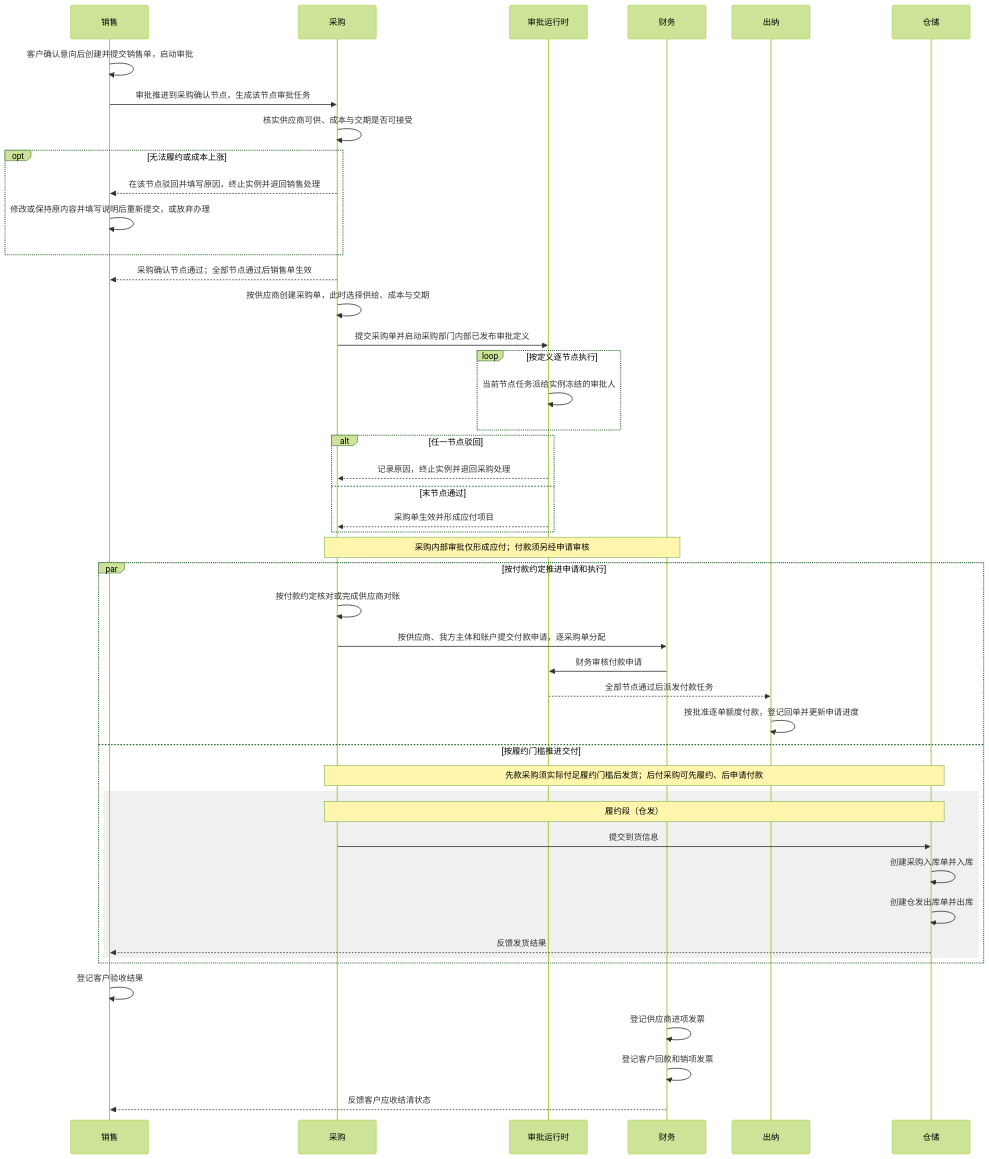
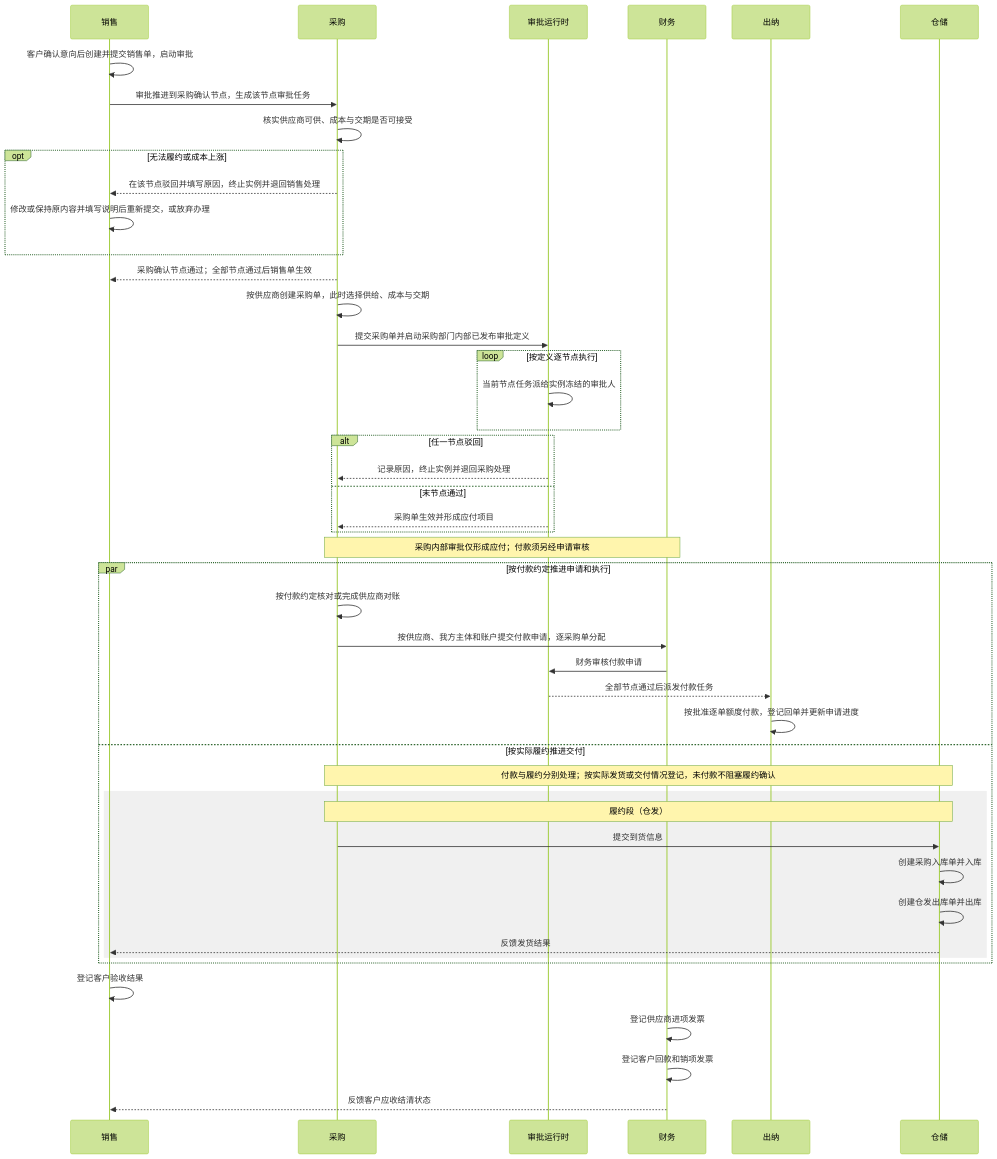
The eighth of 11 diagrams in docs/erp-phase-1.md (mztlive/erp), drawn with Mermaid (forest theme) before and after one commit. The commit also changed other lines of this file and 28 other files, not shown here.

````diff
--- a/docs/erp-phase-1.md
+++ b/docs/erp-phase-1.md
@@ -880,51 +879,51 @@
 ```mermaid
 sequenceDiagram
   participant 销售
   participant 采购
   participant 审批运行时
   participant 财务
   participant 出纳
   participant 仓储
 
   销售->>销售: 客户确认意向后创建并提交销售单，启动审批
   销售->>采购: 审批推进到采购确认节点，生成该节点审批任务
   采购->>采购: 核实供应商可供、成本与交期是否可接受
   opt 无法履约或成本上涨
     采购-->>销售: 在该节点驳回并填写原因，终止实例并退回销售处理
     销售->>销售: 修改或保持原内容并填写说明后重新提交，或放弃办理
   end
   采购-->>销售: 采购确认节点通过；全部节点通过后销售单生效
   采购->>采购: 按供应商创建采购单，此时选择供给、成本与交期
   采购->>审批运行时: 提交采购单并启动采购部门内部已发布审批定义
   loop 按定义逐节点执行
     审批运行时->>审批运行时: 当前节点任务派给实例冻结的审批人
   end
   alt 任一节点驳回
     审批运行时-->>采购: 记录原因，终止实例并退回采购处理
   else 末节点通过
     审批运行时-->>采购: 采购单生效并形成应付项目
   end
   Note over 采购,财务: 采购内部审批仅形成应付；付款须另经申请审核
   par 按付款约定推进申请和执行
   采购->>采购: 按付款约定核对或完成供应商对账
   采购->>财务: 按供应商、我方主体和账户提交付款申请，逐采购单分配
   财务->>审批运行时: 财务审核付款申请
   审批运行时-->>出纳: 全部节点通过后派发付款任务
   出纳->>出纳: 按批准逐单额度付款，登记回单并更新申请进度
-  and 按履约门槛推进交付
-  Note over 采购,仓储: 先款采购须实际付足履约门槛后发货；后付采购可先履约、后申请付款
+  and 按实际履约推进交付
+  Note over 采购,仓储: 付款与履约分别处理；按实际发货或交付情况登记，未付款不阻塞履约确认
 
   rect rgb(240, 240, 240)
     Note over 采购,仓储: 履约段（仓发）
     采购->>仓储: 提交到货信息
     仓储->>仓储: 创建采购入库单并入库
     仓储->>仓储: 创建仓发出库单并出库
     仓储-->>销售: 反馈发货结果
   end
   end
 
   销售->>销售: 登记客户验收结果
   财务->>财务: 登记供应商进项发票
   财务->>财务: 登记客户回款和销项发票
   财务-->>销售: 反馈客户应收结清状态
 ```
````
